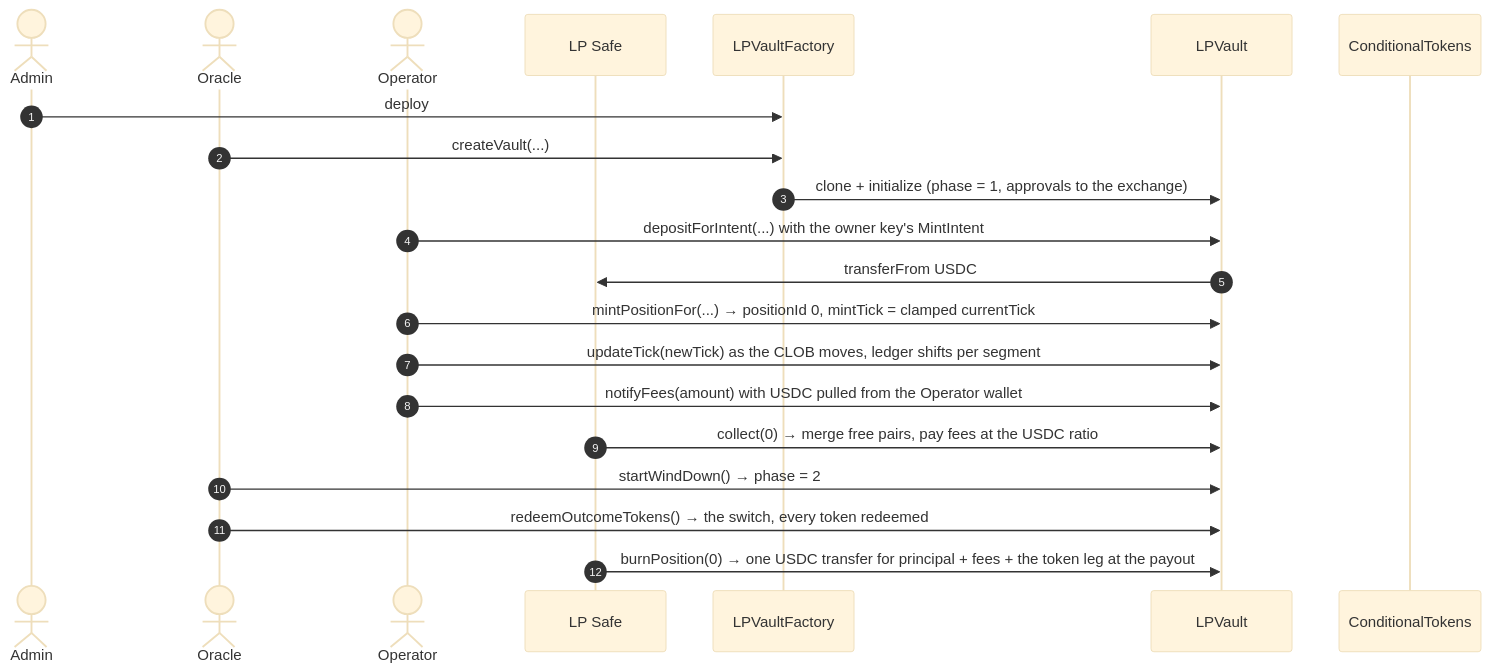
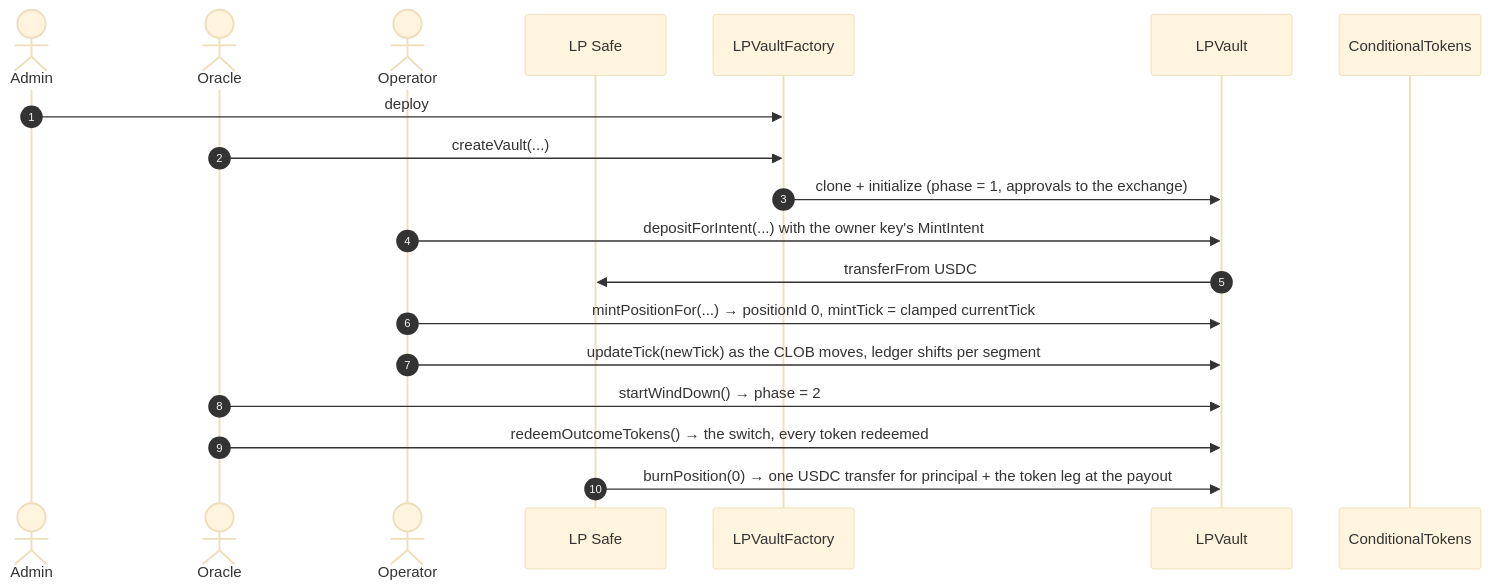
One commit to ProphetMarket/lp-vaults changed diagram 22 of 22 in specs/FLOWS.md. Above: the diagram before and after it, drawn with Mermaid (base theme). The commit also changed other lines of this file and 73 other files, not shown here.

````diff
--- a/specs/FLOWS.md
+++ b/specs/FLOWS.md
@@ -696,24 +623,22 @@
 ```mermaid
 sequenceDiagram
     autonumber
     actor Admin
     actor Oracle
     actor Operator
     participant Safe as LP Safe
     participant Factory as LPVaultFactory
     participant Vault as LPVault
     participant CTF as ConditionalTokens
 
     Admin->>Factory: deploy
     Oracle->>Factory: createVault(...)
     Factory->>Vault: clone + initialize (phase = 1, approvals to the exchange)
     Operator->>Vault: depositForIntent(...) with the owner key's MintIntent
     Vault->>Safe: transferFrom USDC
     Operator->>Vault: mintPositionFor(...) → positionId 0, mintTick = clamped currentTick
     Operator->>Vault: updateTick(newTick) as the CLOB moves, ledger shifts per segment
-    Operator->>Vault: notifyFees(amount) with USDC pulled from the Operator wallet
-    Safe->>Vault: collect(0) → merge free pairs, pay fees at the USDC ratio
     Oracle->>Vault: startWindDown() → phase = 2
     Oracle->>Vault: redeemOutcomeTokens() → the switch, every token redeemed
-    Safe->>Vault: burnPosition(0) → one USDC transfer for principal + fees + the token leg at the payout
+    Safe->>Vault: burnPosition(0) → one USDC transfer for principal + the token leg at the payout
 ```
````
